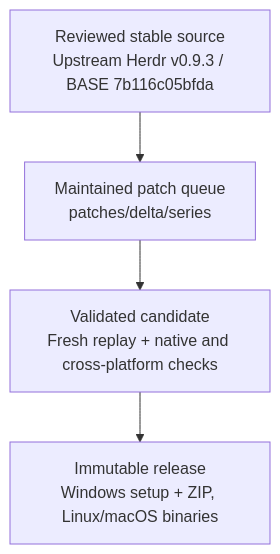
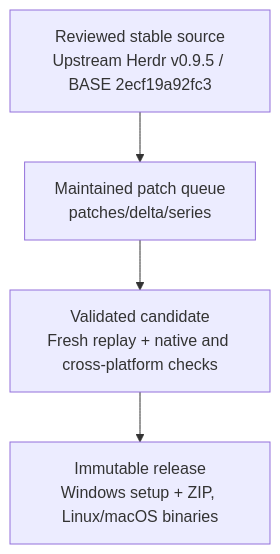
The diagram in docs/next/README.md (hdosys/herdr-ext), drawn with Mermaid before and after one commit. The commit also changed other lines of this file and 30 other files, not shown here.

````diff
--- a/docs/next/README.md
+++ b/docs/next/README.md
@@ -33,8 +35,8 @@
 ```mermaid
 flowchart TB
-    S["Reviewed stable source<br/>Upstream Herdr v0.9.3 / BASE 7b116c05bfda"]
+    S["Reviewed stable source<br/>Upstream Herdr v0.9.5 / BASE 2ecf19a92fc3"]
     Q["Maintained patch queue<br/>patches/delta/series"]
     C["Validated candidate<br/>Fresh replay + native and cross-platform checks"]
     R["Immutable release<br/>Windows setup + ZIP, Linux/macOS binaries"]
     S --> Q --> C --> R
 ```
````
